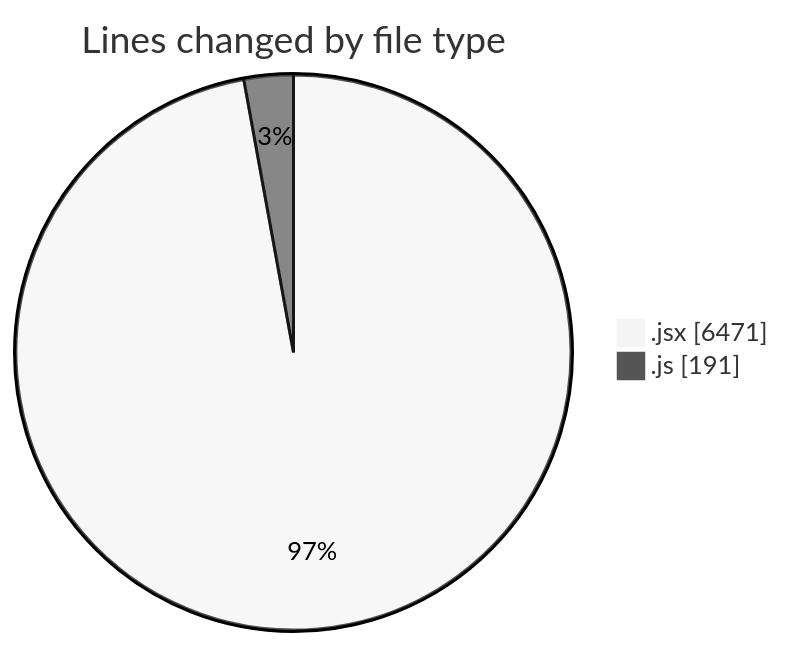
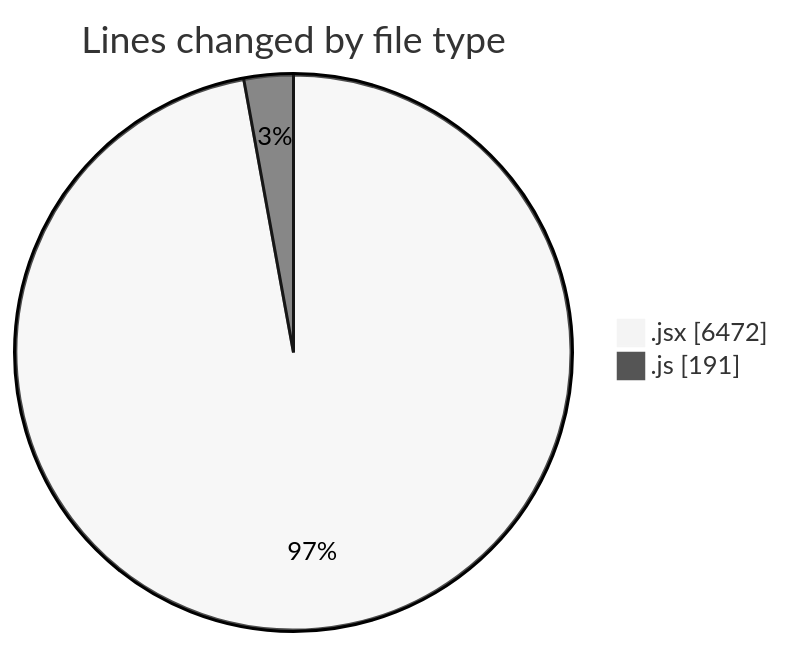
The first of 2 diagrams in 2025-06-21/nxtqube_webapp/README.md (nxtqubesakshisongat/code-tracking), drawn with Mermaid (neutral theme) before and after one commit. The commit also changed other lines of this file and 1 other file, not shown here.

````diff
--- a/2025-06-21/nxtqube_webapp/README.md
+++ b/2025-06-21/nxtqube_webapp/README.md
@@ -27,6 +27,6 @@
 ```mermaid
 pie showData
 title Lines changed by file type
-".jsx" : 6471
+".jsx" : 6472
 ".js" : 191
 ```
````
